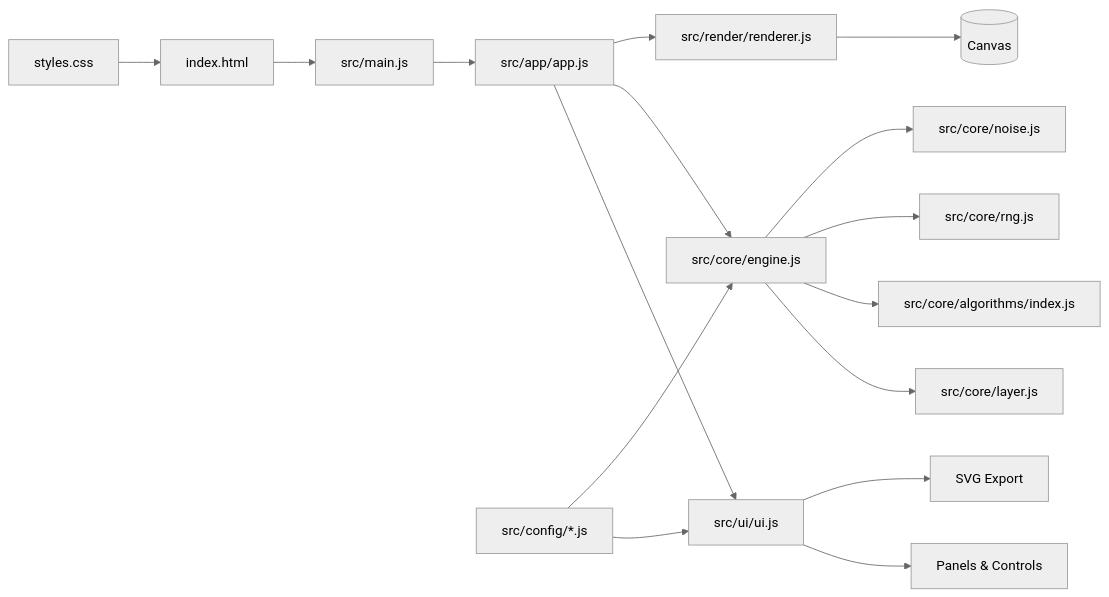
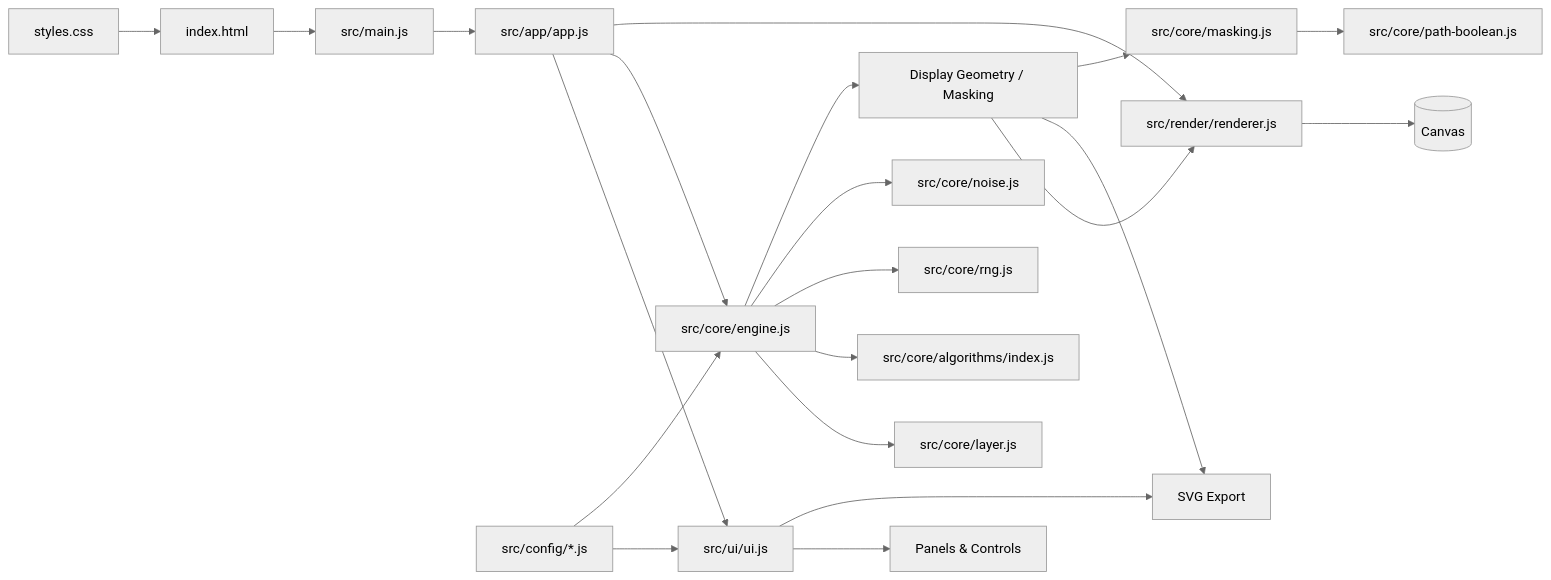
The first of 2 diagrams in README.md (j-phi/vectura-studio), drawn with Mermaid (neutral theme) before and after one commit. The commit also changed other lines of this file and 28 other files, not shown here.

````diff
--- a/README.md
+++ b/README.md
@@ -208,22 +288,27 @@
 ```mermaid
 flowchart LR
   HTML[index.html] --> Main[src/main.js]
   Main --> App[src/app/app.js]
 
   App --> UI[src/ui/ui.js]
   App --> Engine[src/core/engine.js]
   App --> Renderer[src/render/renderer.js]
 
   UI --> Controls[Panels & Controls]
   UI --> Export[SVG Export]
   Renderer --> Canvas[(Canvas)]
 
   Engine --> Layer[src/core/layer.js]
   Engine --> Algorithms[src/core/algorithms/index.js]
   Engine --> RNG[src/core/rng.js]
   Engine --> Noise[src/core/noise.js]
+  Engine --> Display["Display Geometry / Masking"]
+  Display --> Renderer
+  Display --> Export
+  Display --> Masking["src/core/masking.js"]
+  Masking --> Boolean["src/core/path-boolean.js"]
 
   Config[src/config/*.js] --> UI
   Config --> Engine
   Styles[styles.css] --> HTML
 ```
````
